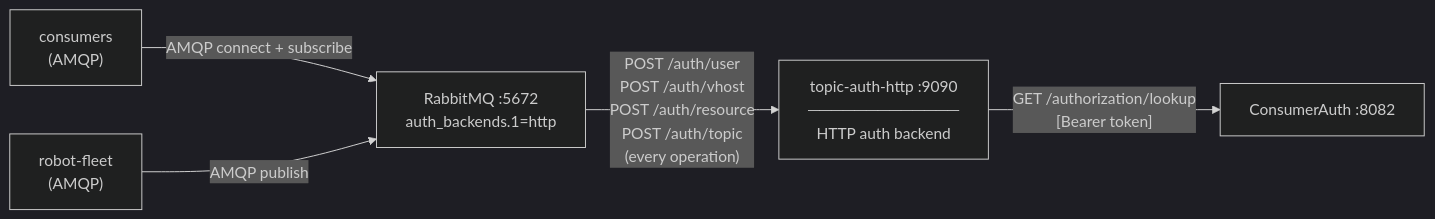
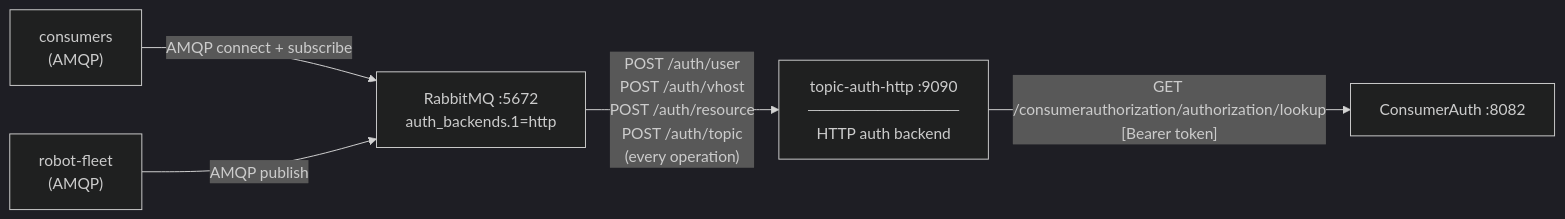
One commit to ulfbod/Arrowhead-experimental-core-systems changed the second of 6 diagrams in support/DIAGRAMS.md. Above: the diagram before and after it, drawn with Mermaid (dark theme). The commit also changed other lines of this file and 183 other files, not shown here.

````diff
--- a/support/DIAGRAMS.md
+++ b/support/DIAGRAMS.md
@@ -58,14 +58,14 @@
 ```mermaid
 graph LR
     CA["ConsumerAuth :8082"]
     TAH["topic-auth-http :9090\n─────────────\nHTTP auth backend"]
     RMQ["RabbitMQ :5672\nauth_backends.1=http"]
 
     CON["consumers\n(AMQP)"]
     PUB["robot-fleet\n(AMQP)"]
 
     RMQ -->|"POST /auth/user\nPOST /auth/vhost\nPOST /auth/resource\nPOST /auth/topic\n(every operation)"| TAH
-    TAH -->|"GET /authorization/lookup\n[Bearer token]"| CA
+    TAH -->|"GET /consumerauthorization/authorization/lookup\n[Bearer token]"| CA
     CON -->|"AMQP connect + subscribe"| RMQ
     PUB -->|"AMQP publish"| RMQ
 ```
````
